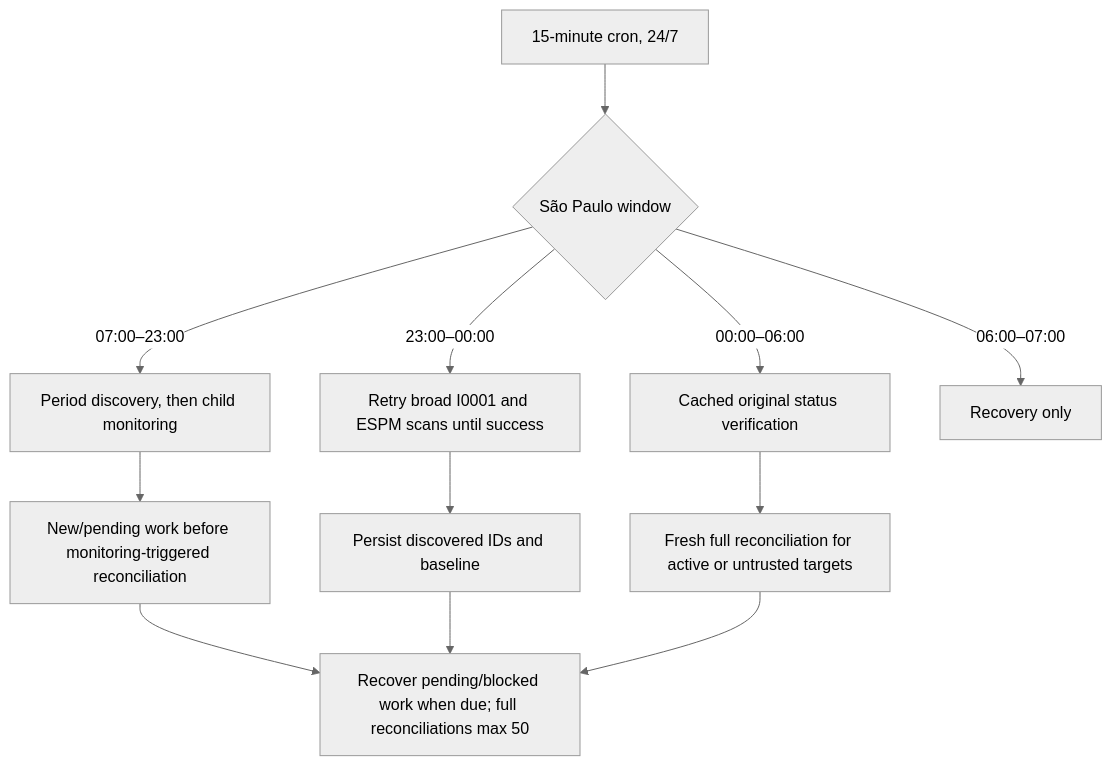
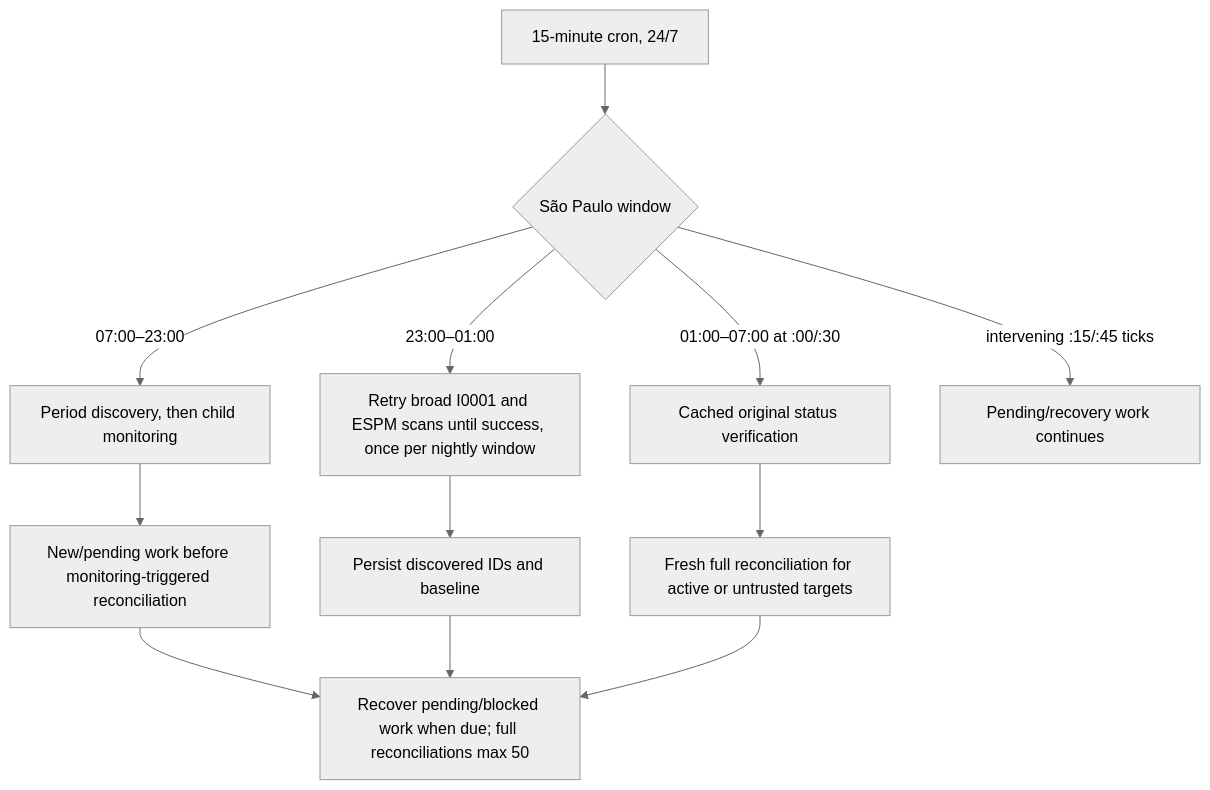
The diagram in TECHNICAL.md (lmssandbox-dev/section-association-fix), drawn with Mermaid (neutral theme) before and after one commit. The commit also changed other lines of this file and 7 other files, not shown here.

````diff
--- a/TECHNICAL.md
+++ b/TECHNICAL.md
@@ -58,14 +58,14 @@
 ```mermaid
 flowchart TD
   A[15-minute cron, 24/7] --> B{São Paulo window}
   B -- 07:00–23:00 --> C[Period discovery, then child monitoring]
-  B -- 23:00–00:00 --> D[Retry broad I0001 and ESPM scans until success]
-  B -- 00:00–06:00 --> E[Cached original status verification]
-  B -- 06:00–07:00 --> F[Recovery only]
+  B -- 23:00–01:00 --> D[Retry broad I0001 and ESPM scans until success, once per nightly window]
+  B -- 01:00–07:00 at :00/:30 --> E[Cached original status verification]
+  B -- intervening :15/:45 ticks --> F[Pending/recovery work continues]
   C --> G[New/pending work before monitoring-triggered reconciliation]
   D --> H[Persist discovered IDs and baseline]
   E --> I[Fresh full reconciliation for active or untrusted targets]
   G --> J[Recover pending/blocked work when due; full reconciliations max 50]
   H --> J
   I --> J
 ```
````
